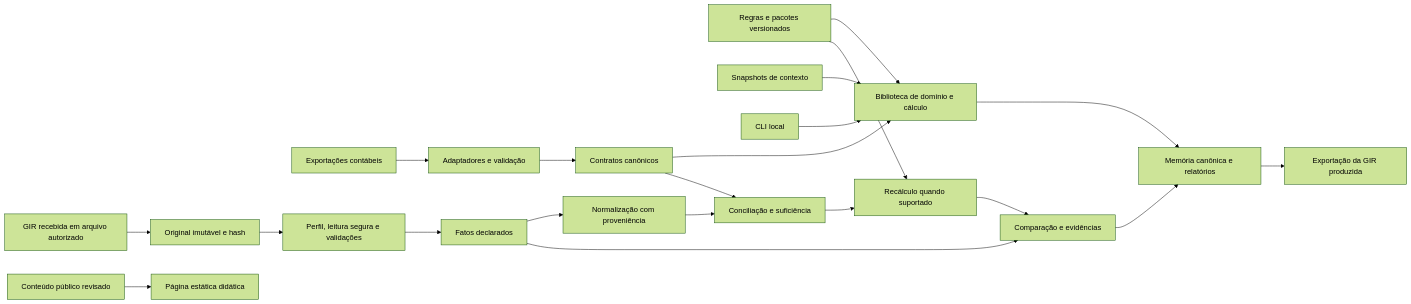
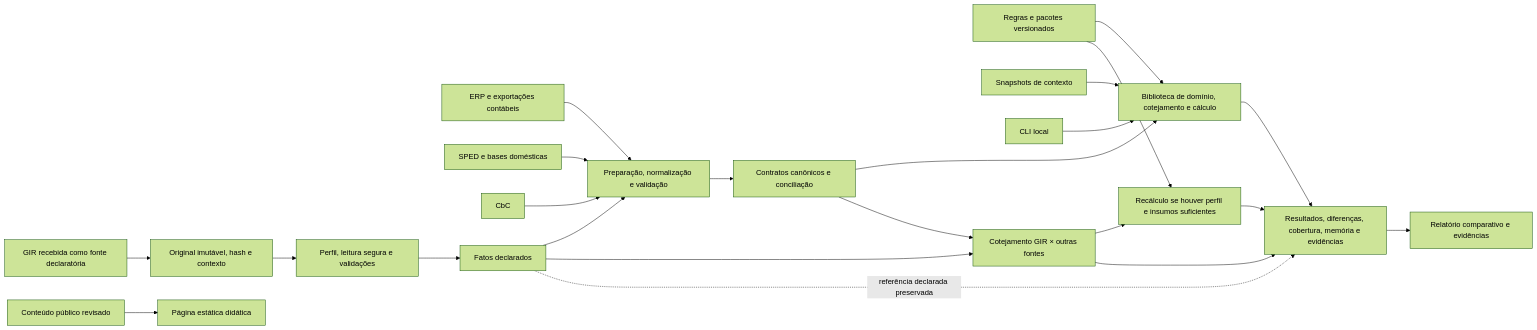
The diagram in docs/P07-arquitetura.md (amarallr/oecd_p2), drawn with Mermaid (forest theme) before and after one commit. The commit also changed other lines of this file and 33 other files, not shown here.

````diff
--- a/docs/P07-arquitetura.md
+++ b/docs/P07-arquitetura.md
@@ -11,23 +11,25 @@
 ```mermaid
 flowchart LR
-  A[Exportações contábeis] --> B[Adaptadores e validação]
-  B --> C[Contratos canônicos]
-  C --> D[Biblioteca de domínio e cálculo]
+  ERP[ERP e exportações contábeis] --> B[Preparação, normalização e validação]
+  SPED[SPED e bases domésticas] --> B
+  CBC[CbC] --> B
+  GIRIN[GIR recebida como fonte declaratória] --> O[Original imutável, hash e contexto]
+  O --> V[Perfil, leitura segura e validações]
+  V --> FD[Fatos declarados]
+  FD --> B
+  B --> C[Contratos canônicos e conciliação]
+  C --> D[Biblioteca de domínio, cotejamento e cálculo]
   R[Regras e pacotes versionados] --> D
   S[Snapshots de contexto] --> D
   CLI[CLI local] --> D
-  D --> M[Memória canônica e relatórios]
-  M --> G[Exportação da GIR produzida]
-  GI[GIR recebida em arquivo autorizado] --> O[Original imutável e hash]
-  O --> V[Perfil, leitura segura e validações]
-  V --> FD[Fatos declarados]
-  FD --> FN[Normalização com proveniência]
-  FN --> X[Conciliação e suficiência]
+  FD --> X[Cotejamento GIR × outras fontes]
   C --> X
-  X --> RC[Recálculo quando suportado]
+  X --> RC[Recálculo se houver perfil e insumos suficientes]
   R --> RC
-  FD --> COMP[Comparação e evidências]
-  RC --> COMP
-  COMP --> M
-  DOC[Conteúdo público revisado] --> WEB[Página estática didática]
+  D --> M[Resultados, diferenças, cobertura, memória e evidências]
+  FD -. referência declarada preservada .-> M
+  RC --> M
+  X --> M
+  M --> REPORT[Relatório comparativo e evidências]
+  WEB[Conteúdo público revisado] --> SITE[Página estática didática]
 ```
````
